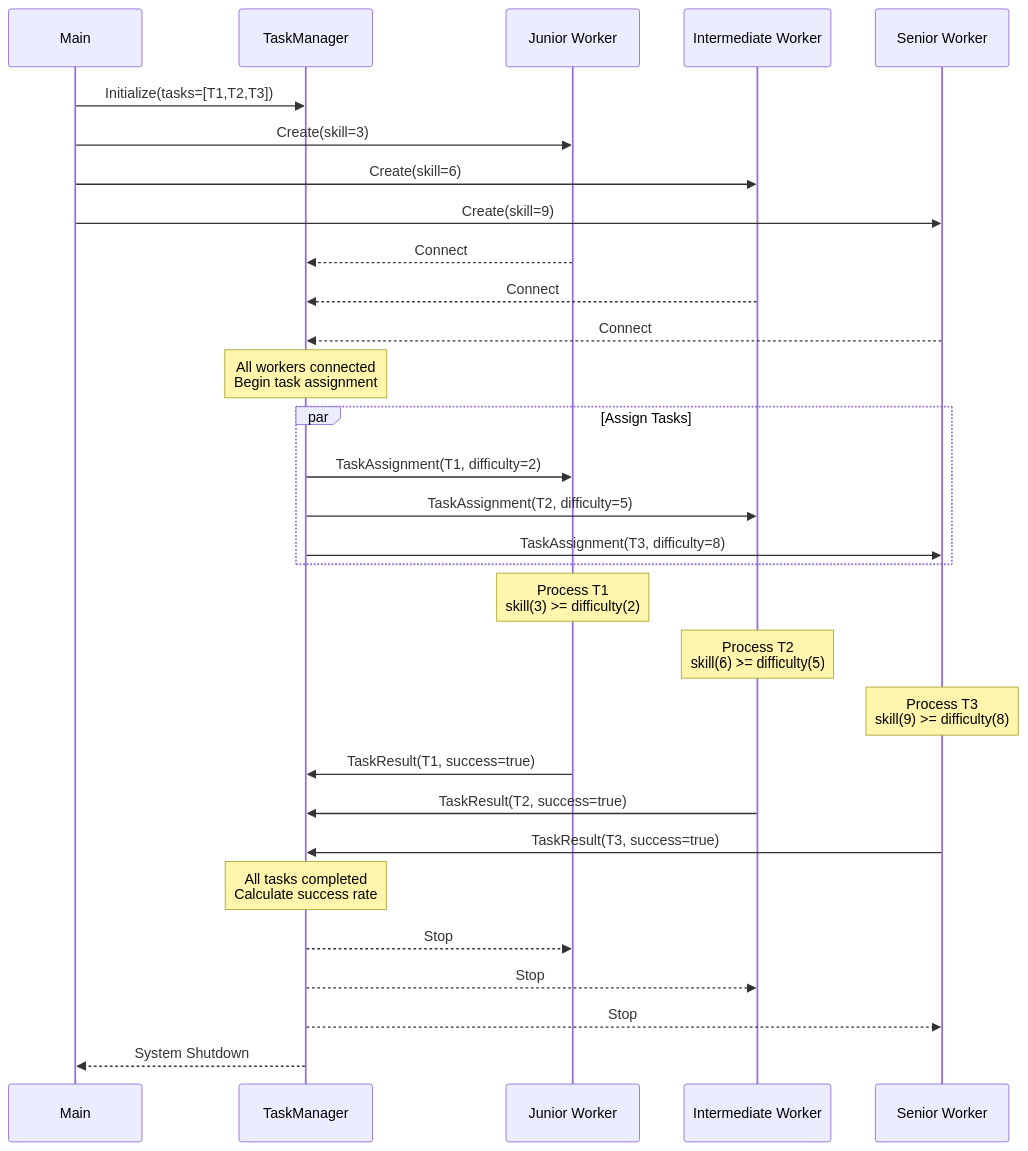
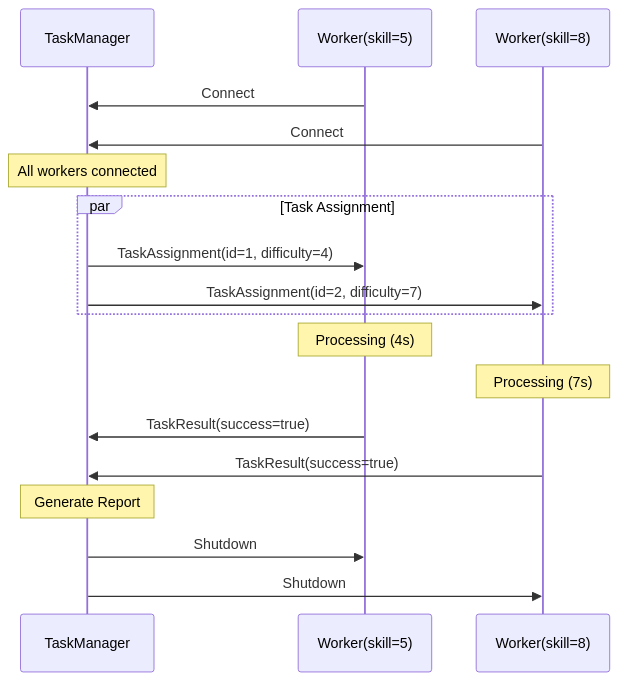
The first of 3 diagrams in docs/examples/task-manager.md (ceylonai/ceylon), drawn with Mermaid before and after one commit. The commit also changed other lines of this file and 10 other files, not shown here.

`````diff
--- a/docs/examples/task-manager.md
+++ b/docs/examples/task-manager.md
@@ -269,40 +221,27 @@
-````mermaid
+```mermaid
 sequenceDiagram
-    participant M as Main
     participant TM as TaskManager
-    participant JW as Junior Worker
-    participant IW as Intermediate Worker
-    participant SW as Senior Worker
-
-    M->>TM: Initialize(tasks=[T1,T2,T3])
-    M->>JW: Create(skill=3)
-    M->>IW: Create(skill=6)
-    M->>SW: Create(skill=9)
-
-    JW-->>TM: Connect
-    IW-->>TM: Connect
-    SW-->>TM: Connect
-
-    Note over TM: All workers connected<br/>Begin task assignment
-
-    par Assign Tasks
-        TM->>JW: TaskAssignment(T1, difficulty=2)
-        TM->>IW: TaskAssignment(T2, difficulty=5)
-        TM->>SW: TaskAssignment(T3, difficulty=8)
+    participant W1 as Worker(skill=5)
+    participant W2 as Worker(skill=8)
+    
+    W1->>TM: Connect
+    W2->>TM: Connect
+    
+    Note over TM: All workers connected
+    
+    par Task Assignment
+        TM->>W1: TaskAssignment(id=1, difficulty=4)
+        TM->>W2: TaskAssignment(id=2, difficulty=7)
     end
-
-    Note over JW: Process T1<br/>skill(3) >= difficulty(2)
-    Note over IW: Process T2<br/>skill(6) >= difficulty(5)
-    Note over SW: Process T3<br/>skill(9) >= difficulty(8)
-
-    JW->>TM: TaskResult(T1, success=true)
-    IW->>TM: TaskResult(T2, success=true)
-    SW->>TM: TaskResult(T3, success=true)
-
-    Note over TM: All tasks completed<br/>Calculate success rate
-
-    TM-->>JW: Stop
-    TM-->>IW: Stop
-    TM-->>SW: Stop
-    TM-->>M: System Shutdown
-````
+    
+    Note over W1: Processing (4s)
+    Note over W2: Processing (7s)
+    
+    W1->>TM: TaskResult(success=true)
+    W2->>TM: TaskResult(success=true)
+    
+    Note over TM: Generate Report
+    
+    TM->>W1: Shutdown
+    TM->>W2: Shutdown
+```
`````
